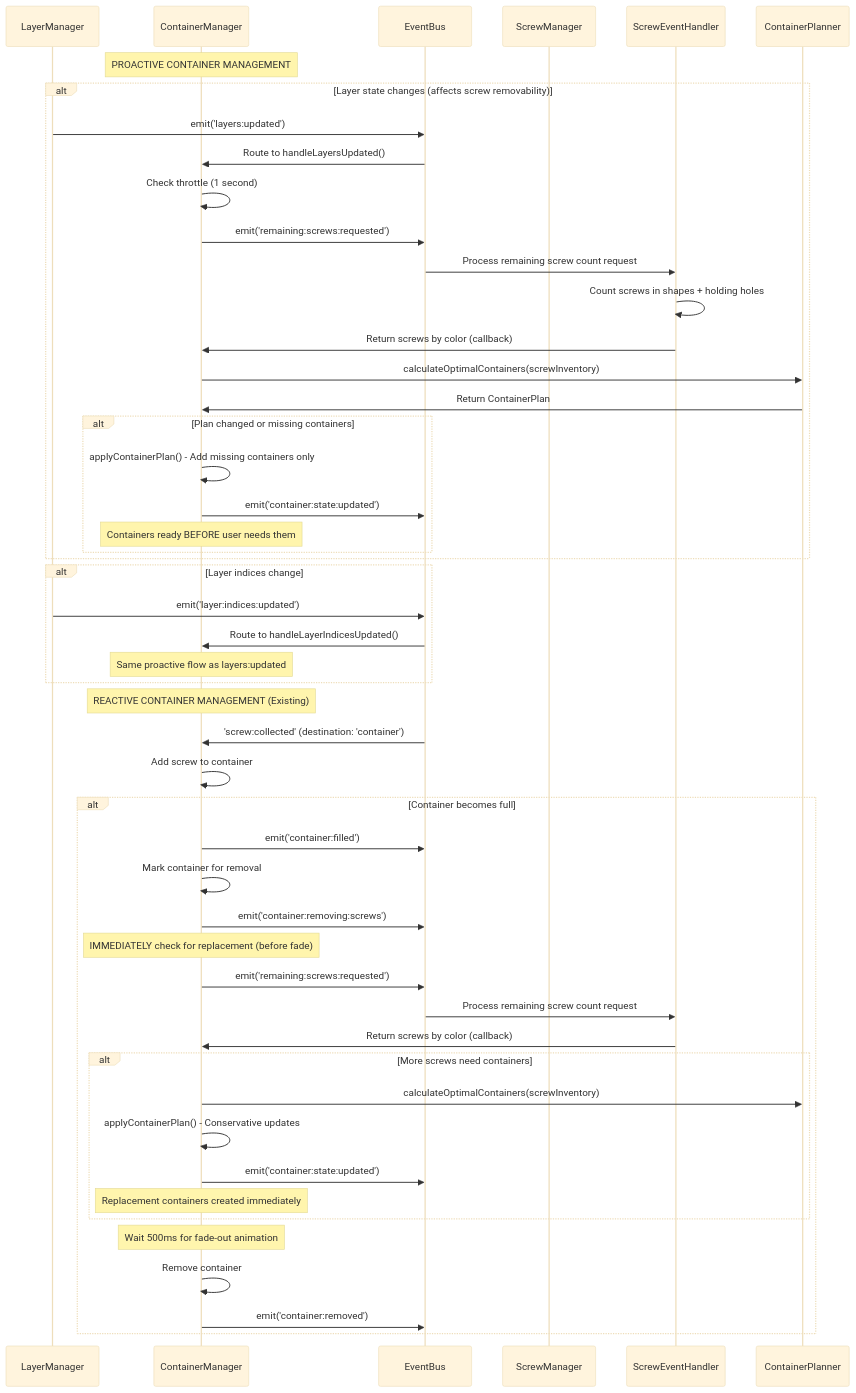
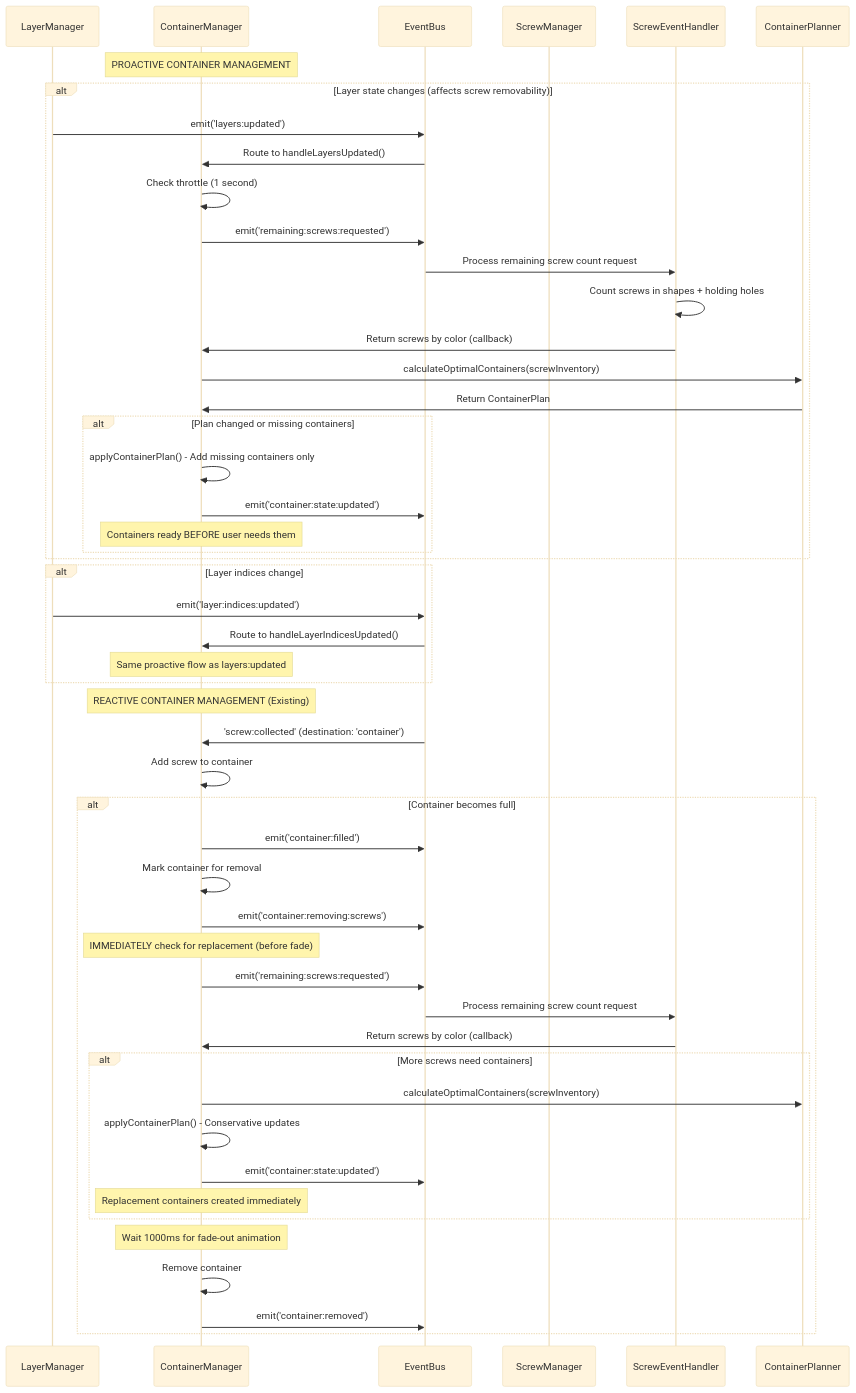
One commit to paulrobello/par-shape-2d changed the second of 6 diagrams in docs/game_event_flows.md. Above: the diagram before and after it, drawn with Mermaid (base theme). The commit also changed other lines of this file and 10 other files, not shown here.

````diff
--- a/docs/game_event_flows.md
+++ b/docs/game_event_flows.md
@@ -151,62 +151,62 @@
 ```mermaid
 sequenceDiagram
     participant LM as LayerManager
     participant CM as ContainerManager
     participant EB as EventBus
     participant SM as ScrewManager
     participant SEH as ScrewEventHandler
     participant CP as ContainerPlanner
 
     Note over CM: PROACTIVE CONTAINER MANAGEMENT
     
     alt Layer state changes (affects screw removability)
         LM->>EB: emit('layers:updated')
         EB->>CM: Route to handleLayersUpdated()
         CM->>CM: Check throttle (1 second)
         CM->>EB: emit('remaining:screws:requested')
         EB->>SEH: Process remaining screw count request
         SEH->>SEH: Count screws in shapes + holding holes
         SEH->>CM: Return screws by color (callback)
         CM->>CP: calculateOptimalContainers(screwInventory)
         CP->>CM: Return ContainerPlan
         
         alt Plan changed or missing containers
             CM->>CM: applyContainerPlan() - Add missing containers only
             CM->>EB: emit('container:state:updated')
             Note over CM: Containers ready BEFORE user needs them
         end
     end
     
     alt Layer indices change
         LM->>EB: emit('layer:indices:updated')
         EB->>CM: Route to handleLayerIndicesUpdated()
         Note over CM: Same proactive flow as layers:updated
     end
 
     Note over CM: REACTIVE CONTAINER MANAGEMENT (Existing)
     
     EB->>CM: 'screw:collected' (destination: 'container')
     CM->>CM: Add screw to container
     
     alt Container becomes full
         CM->>EB: emit('container:filled')
         CM->>CM: Mark container for removal
         CM->>EB: emit('container:removing:screws')
         
         Note over CM: IMMEDIATELY check for replacement (before fade)
         CM->>EB: emit('remaining:screws:requested')
         EB->>SEH: Process remaining screw count request
         SEH->>CM: Return screws by color (callback)
         
         alt More screws need containers
             CM->>CP: calculateOptimalContainers(screwInventory)
             CM->>CM: applyContainerPlan() - Conservative updates
             CM->>EB: emit('container:state:updated')
             Note over CM: Replacement containers created immediately
         end
         
-        Note over CM: Wait 500ms for fade-out animation
+        Note over CM: Wait 1000ms for fade-out animation
         CM->>CM: Remove container
         CM->>EB: emit('container:removed')
     end
 ```
````
